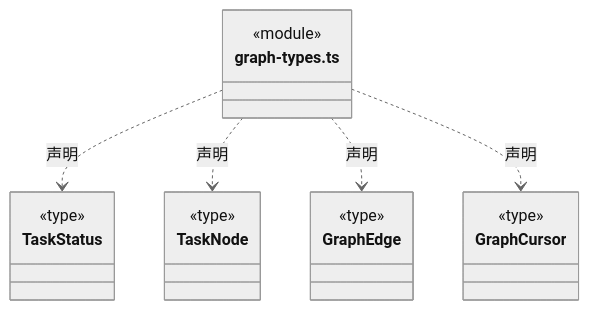
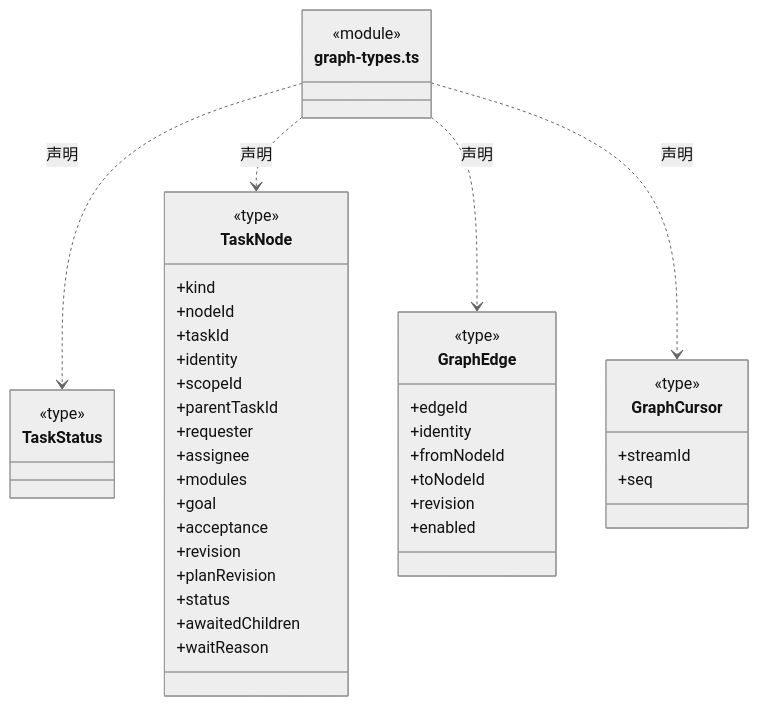
Diagram 16 of 34 in src/backend/core/tasks/ARCHITECTURE.md (nan023062/cbim), drawn with Mermaid (neutral theme) before and after one commit. The commit also changed other lines of this file and 240 other files, not shown here.

````diff
--- a/src/backend/core/tasks/ARCHITECTURE.md
+++ b/src/backend/core/tasks/ARCHITECTURE.md
@@ -220,26 +404,47 @@
 ```mermaid
 classDiagram
 class N_src_backend_core_tasks_graph_types_ts["graph-types.ts"] {
   <<module>>
 }
 class N_src_backend_core_tasks_graph_types_ts_TaskStatus["TaskStatus"] {
   <<type>>
 
 }
 N_src_backend_core_tasks_graph_types_ts ..> N_src_backend_core_tasks_graph_types_ts_TaskStatus : 声明
 class N_src_backend_core_tasks_graph_types_ts_TaskNode["TaskNode"] {
   <<type>>
-
+  +kind
+  +nodeId
+  +taskId
+  +identity
+  +scopeId
+  +parentTaskId
+  +requester
+  +assignee
+  +modules
+  +goal
+  +acceptance
+  +revision
+  +planRevision
+  +status
+  +awaitedChildren
+  +waitReason
 }
 N_src_backend_core_tasks_graph_types_ts ..> N_src_backend_core_tasks_graph_types_ts_TaskNode : 声明
 class N_src_backend_core_tasks_graph_types_ts_GraphEdge["GraphEdge"] {
   <<type>>
-
+  +edgeId
+  +identity
+  +fromNodeId
+  +toNodeId
+  +revision
+  +enabled
 }
 N_src_backend_core_tasks_graph_types_ts ..> N_src_backend_core_tasks_graph_types_ts_GraphEdge : 声明
 class N_src_backend_core_tasks_graph_types_ts_GraphCursor["GraphCursor"] {
   <<type>>
-
+  +streamId
+  +seq
 }
 N_src_backend_core_tasks_graph_types_ts ..> N_src_backend_core_tasks_graph_types_ts_GraphCursor : 声明
 ```
````
